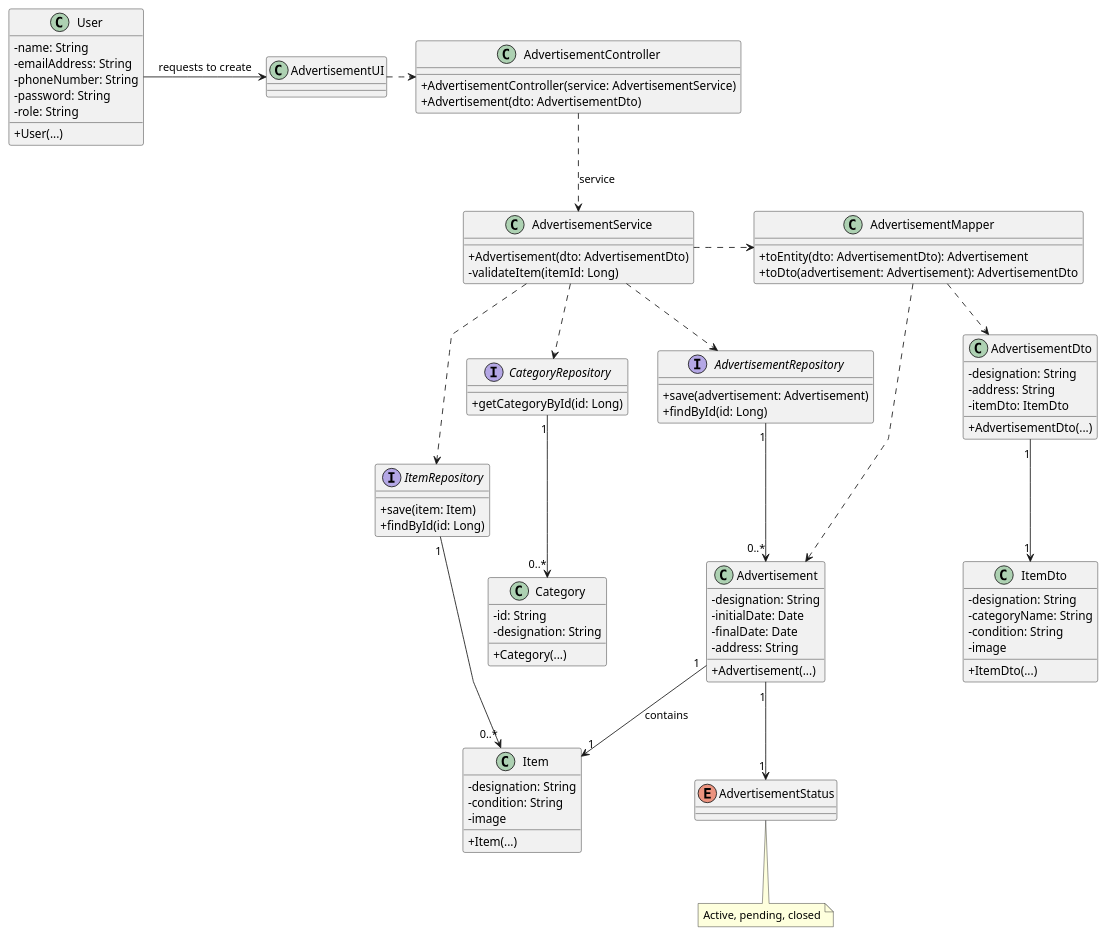
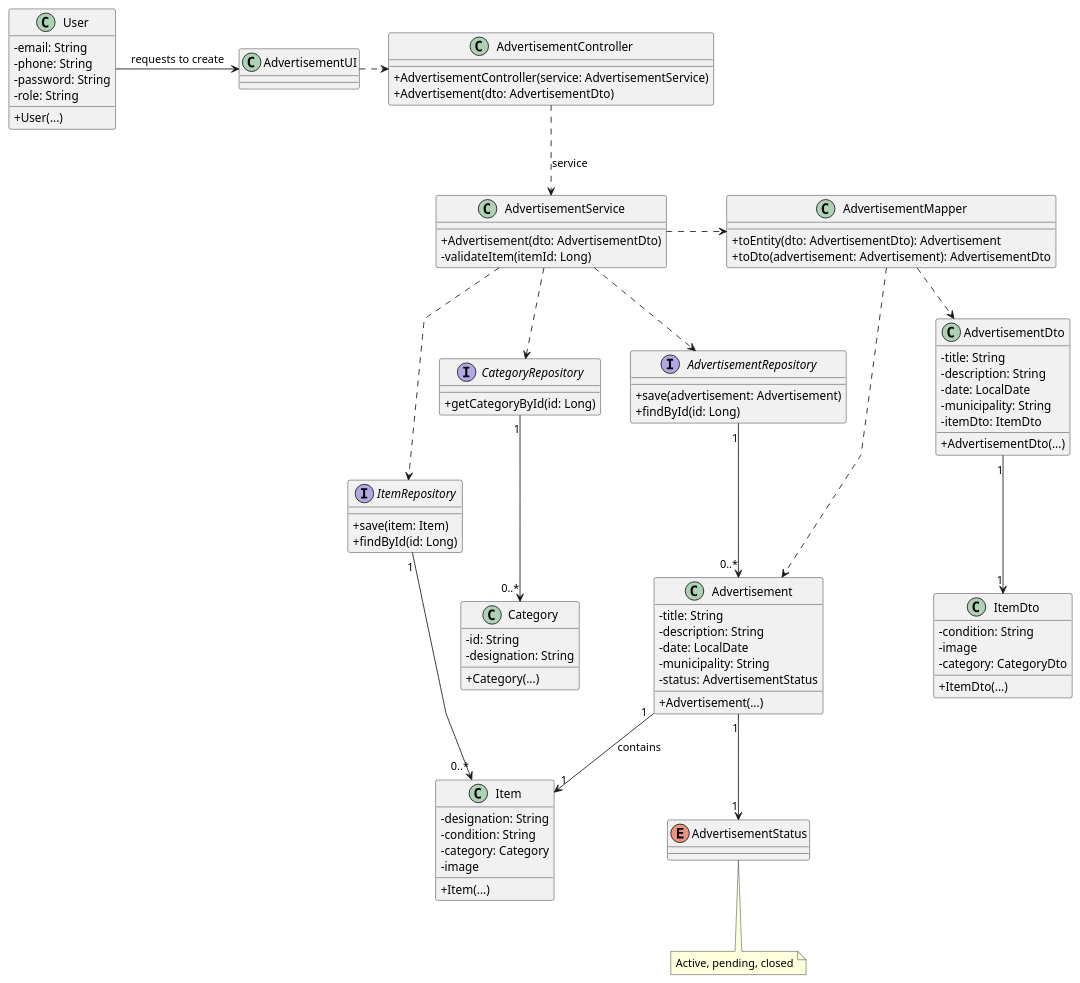
Before and after one commit to vivianeaalmeida/ComeAndGet: the diagram in Docs/US13/03-design/US13-CD.puml, drawn with PlantUML. The commit also changed 25 other files, not shown here.

```diff
--- a/Docs/US13/03-design/US13-CD.puml
+++ b/Docs/US13/03-design/US13-CD.puml
@@ -1,110 +1,112 @@
 @startuml
 skinparam packageStyle rectangle
 skinparam shadowing false
 skinparam linetype polyline
 skinparam classAttributeIconSize 0
 
 class User {
-    - name: String
-    - emailAddress: String
-    - phoneNumber: String
+    - email: String
+    - phone: String
     - password: String
     - role: String
     + User(...)
 }
 
 class Item {
     - designation: String
     - condition: String
+    - category: Category
     - image
     + Item(...)
 }
 
 class ItemDto {
-    - designation: String
-    - categoryName: String
     - condition: String
     - image
+    - category: CategoryDto
     + ItemDto(...)
 }
 
 class Category {
     - id: String
     - designation: String
     + Category(...)
 }
 
 class AdvertisementDto {
-    - designation: String
-    - address: String
+    - title: String
+    - description: String
+    - date: LocalDate
+    - municipality: String
     - itemDto: ItemDto
     + AdvertisementDto(...)
 }
 
 class Advertisement {
-    - designation: String
-    - initialDate: Date
-    - finalDate: Date
-    - address: String
+    - title: String
+    - description: String
+    - date: LocalDate
+    - municipality: String
+    - status: AdvertisementStatus
     + Advertisement(...)
 }
 
 enum AdvertisementStatus {
 }
 
 interface CategoryRepository {
     + getCategoryById(id: Long)
 }
 interface AdvertisementRepository {
     + save(advertisement: Advertisement)
     + findById(id: Long)
 }
 interface ItemRepository {
     + save(item: Item)
     + findById(id: Long)
 }
 
 class AdvertisementMapper {
     + toEntity(dto: AdvertisementDto): Advertisement
     + toDto(advertisement: Advertisement): AdvertisementDto
 }
 
 class AdvertisementService {
     + Advertisement(dto: AdvertisementDto)
     - validateItem(itemId: Long)
 }
 
 class AdvertisementController {
     + AdvertisementController(service: AdvertisementService)
     + Advertisement(dto: AdvertisementDto)
 }
 
 class AdvertisementUI
 
 ' --- Relacionamentos ---
 AdvertisementUI .> AdvertisementController
 
 AdvertisementController ..> AdvertisementService : service
 
 AdvertisementService .> AdvertisementMapper
 AdvertisementService ..> AdvertisementRepository
 AdvertisementService ..> CategoryRepository
 AdvertisementService ..> ItemRepository
 
 ItemRepository "1" -> "0..*" Item
 CategoryRepository "1" --> "0..*" Category
 AdvertisementRepository "1" --> "0..*" Advertisement
 
 User -> AdvertisementUI : requests to create
 
 Advertisement "1" --> "1" AdvertisementStatus
 Advertisement "1" --> "1" Item : contains
 AdvertisementMapper ..> AdvertisementDto
 AdvertisementMapper ..> Advertisement
 
 AdvertisementDto "1" --> "1" ItemDto
 note bottom of AdvertisementStatus
 Active, pending, closed
 endnote
 
 @enduml
```
